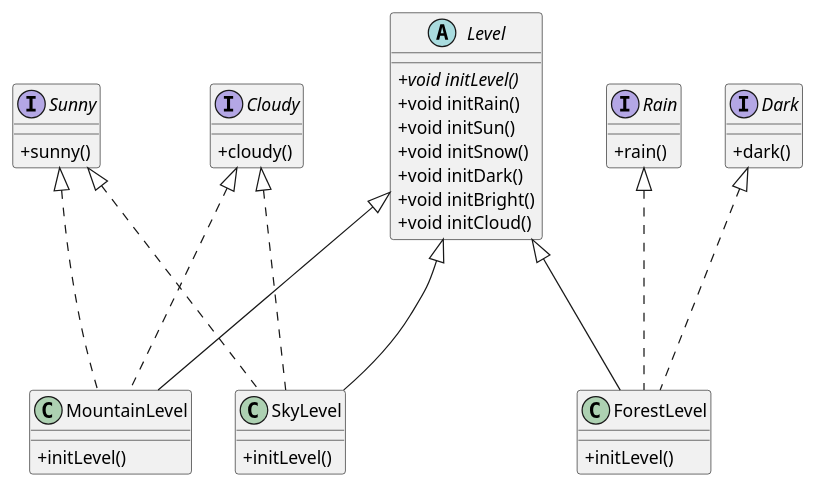
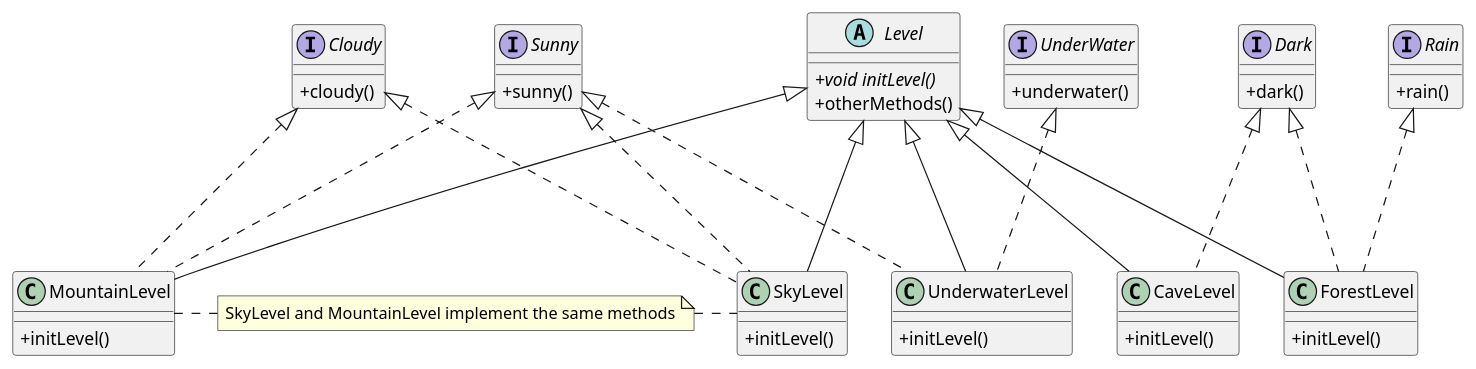
Before and after one commit to emilyswitzer/JavaJumpGame: the diagram in images/STRATEGYPATTERN2.puml, drawn with PlantUML. The commit also changed 95 other files, not shown here.

Commit message:
Grammar fixes and naming fixes. UML Class diagrams also altered to accommodate the changes

```diff
--- a/images/STRATEGYPATTERN2.puml
+++ b/images/STRATEGYPATTERN2.puml
@@ -1,70 +1,87 @@
 @startuml
 skinparam classAttributeIconSize 0
 
 
 
 
 abstract class Level {
 
     +{abstract} void initLevel()
-    +void initRain()
-    +void initSun()
-    +void initSnow()
-    +void initDark()
-    +void initBright()
-    +void initCloud()
+    +otherMethods()
 
 
 }
 
 interface Rain {
   +rain()
 }
+
+interface UnderWater {
+  +underwater()
+}
+
+
 
 interface Dark {
  +dark()
 }
 
 interface Sunny {
  +sunny()
 }
 
 interface Cloudy {
  +cloudy()
 }
 
 class MountainLevel {
 +initLevel()
 
 }
 
 
 class SkyLevel {
  +initLevel()
 
 }
 
 class ForestLevel{
 +initLevel()
 }
 
+class CaveLevel{
++initLevel()
+}
 
+class UnderwaterLevel{
++initLevel()
+}
+
+note "SkyLevel and MountainLevel implement the same methods" as N2
+MountainLevel . N2
+N2 . SkyLevel
+
+Level <|--- UnderwaterLevel
+Level <|--- CaveLevel
 Level <|--- SkyLevel
 Level <|--- ForestLevel
 Level <|--- MountainLevel
 
 Cloudy <|-.- SkyLevel
 Sunny <|-.- SkyLevel
+Sunny <|-.- UnderwaterLevel
+UnderWater <|-.- UnderwaterLevel
 Dark <|-.- ForestLevel
+Dark <|-.- CaveLevel
 Cloudy <|-.- MountainLevel
 Rain <|-.- ForestLevel
 Sunny <|-.- MountainLevel
 
 
 
 
 
 
 
 
 @enduml
```
